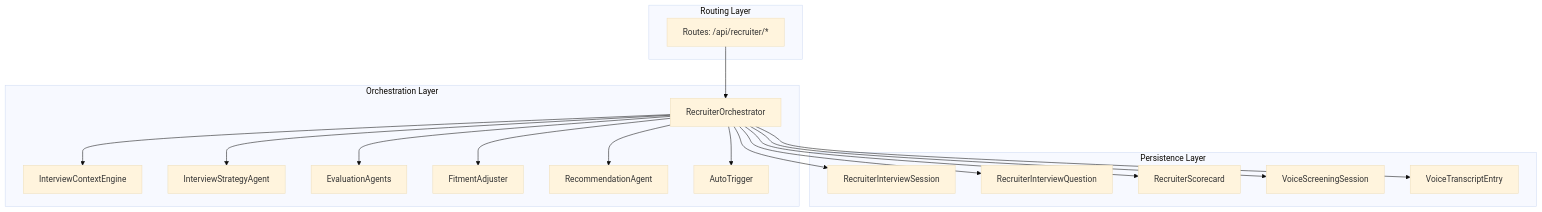
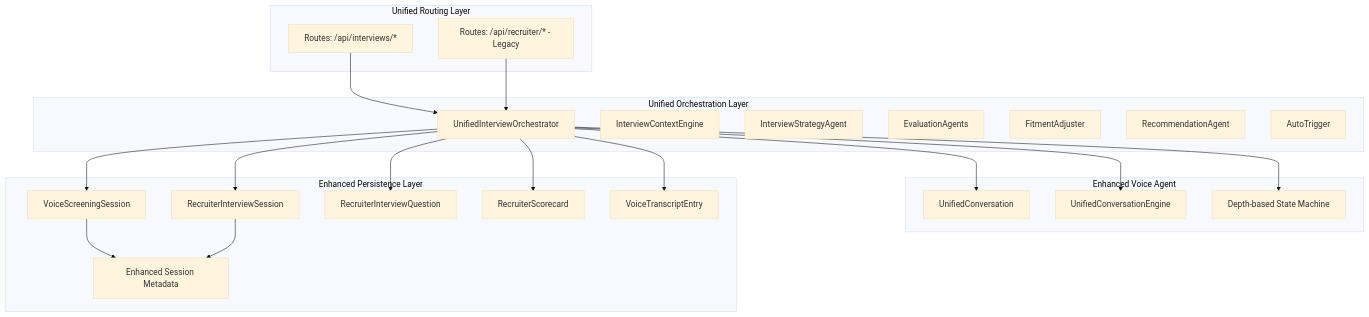
Before and after one commit to Revanththetalogics/aireume: the first of 5 diagrams in .qoder/repowiki/en/content/API Reference/Voice Screening System/AI Recruiter Module.md, drawn with Mermaid (base theme). The commit also changed other lines of this file and 32 other files, not shown here.

````diff
--- a/.qoder/repowiki/en/content/API Reference/Voice Screening System/AI Recruiter Module.md
+++ b/.qoder/repowiki/en/content/API Reference/Voice Screening System/AI Recruiter Module.md
@@ -35,34 +44,41 @@
 ```mermaid
 graph TB
-subgraph "Routing Layer"
-R1[Routes: /api/recruiter/*]
+subgraph "Unified Routing Layer"
+UR1[Routes: /api/interviews/*]
+UR2[Routes: /api/recruiter/* - Legacy]
 end
-subgraph "Orchestration Layer"
-O1[RecruiterOrchestrator]
-O2[InterviewContextEngine]
-O3[InterviewStrategyAgent]
-O4[EvaluationAgents]
-O5[FitmentAdjuster]
-O6[RecommendationAgent]
-O7[AutoTrigger]
+subgraph "Unified Orchestration Layer"
+UO1[UnifiedInterviewOrchestrator]
+UO2[InterviewContextEngine]
+UO3[InterviewStrategyAgent]
+UO4[EvaluationAgents]
+UO5[FitmentAdjuster]
+UO6[RecommendationAgent]
+UO7[AutoTrigger]
 end
-subgraph "Persistence Layer"
-P1[RecruiterInterviewSession]
-P2[RecruiterInterviewQuestion]
-P3[RecruiterScorecard]
-P4[VoiceScreeningSession]
-P5[VoiceTranscriptEntry]
+subgraph "Enhanced Voice Agent"
+UV1[UnifiedConversation]
+UV2[UnifiedConversationEngine]
+UV3[Depth-based State Machine]
 end
-R1 --> O1
-O1 --> O2
-O1 --> O3
-O1 --> O4
-O1 --> O5
-O1 --> O6
-O1 --> O7
-O1 --> P1
-O1 --> P2
-O1 --> P3
-O1 --> P4
-O1 --> P5
+subgraph "Enhanced Persistence Layer"
+UP1[VoiceScreeningSession]
+UP2[RecruiterInterviewSession]
+UP3[RecruiterInterviewQuestion]
+UP4[RecruiterScorecard]
+UP5[VoiceTranscriptEntry]
+UP6[Enhanced Session Metadata]
+end
+UR1 --> UO1
+UR2 --> UO1
+UO1 --> UV1
+UO1 --> UV2
+UO1 --> UV3
+UO1 --> UP1
+UO1 --> UP2
+UO1 --> UP3
+UO1 --> UP4
+UO1 --> UP5
+UP1 --> UP6
+UP2 --> UP6
 ```
````
